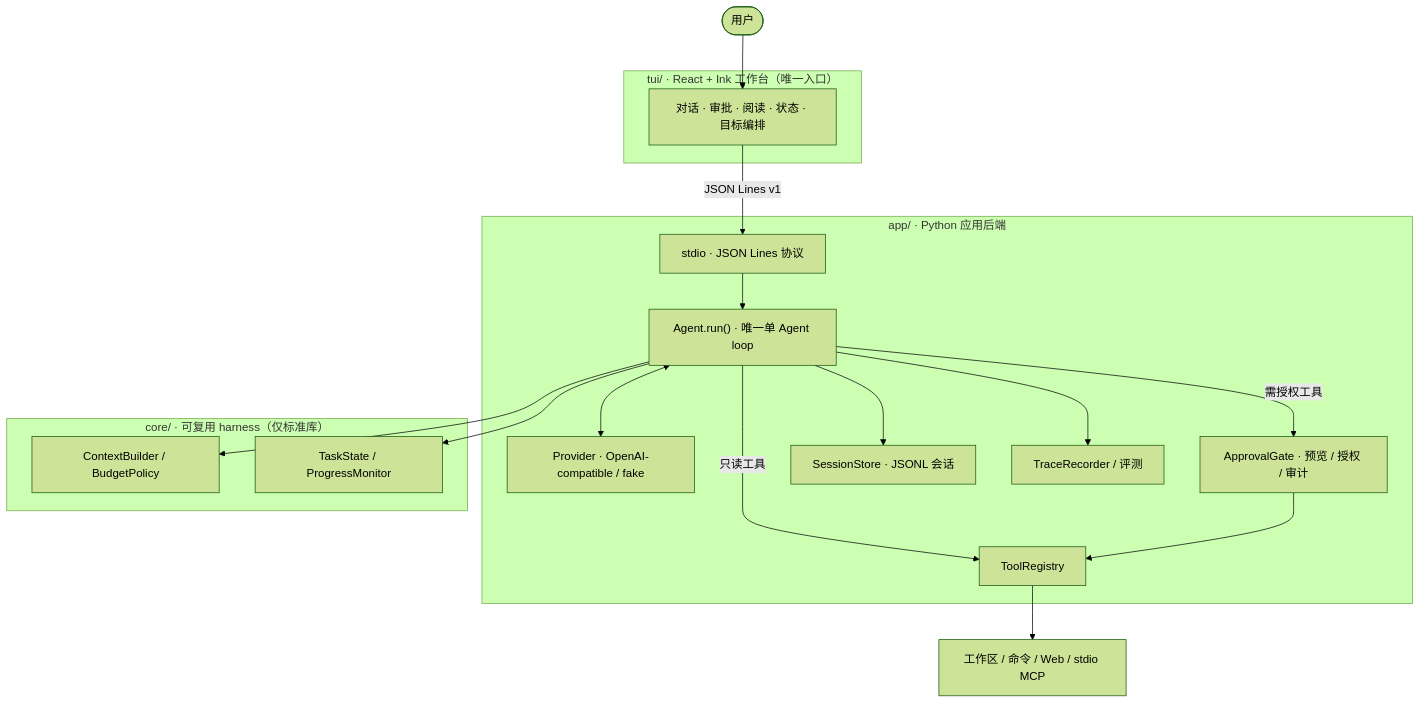
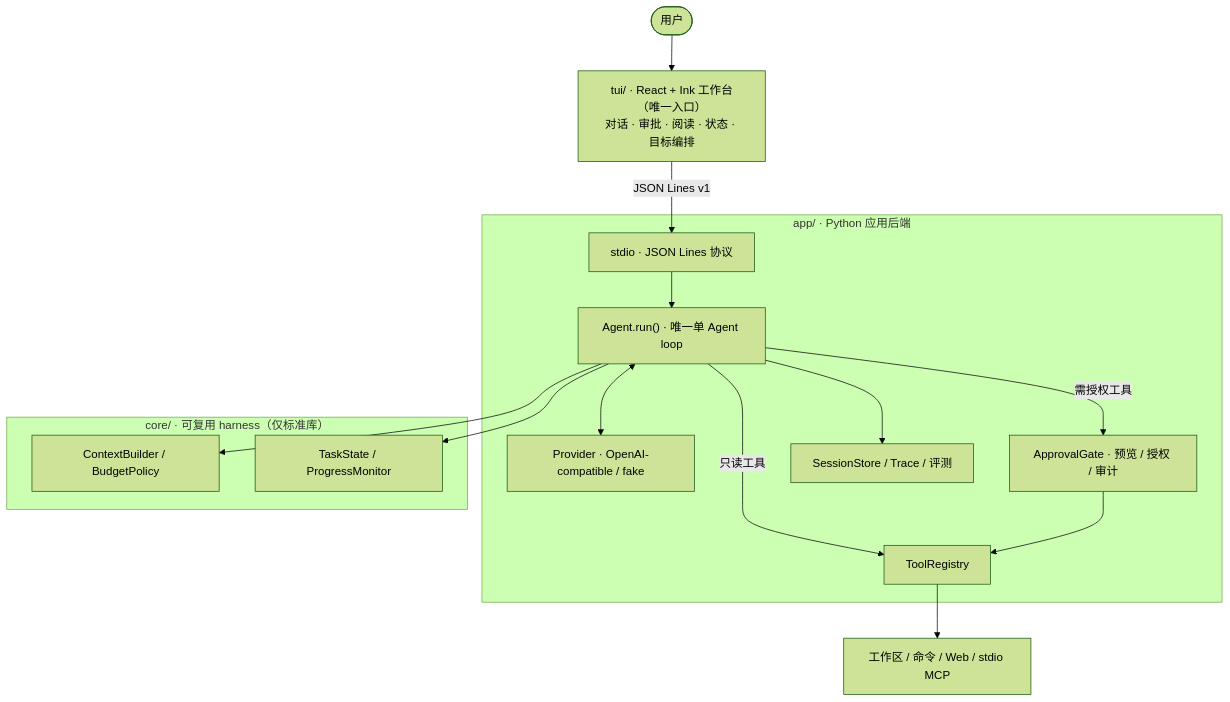
One commit to wj-spec/mini-harness changed the diagram in README.md. Above: the diagram before and after it, drawn with Mermaid (forest theme). The commit also changed other lines of this file and 3 other files, not shown here.

````diff
--- a/README.md
+++ b/README.md
@@ -44,35 +45,29 @@
 ```mermaid
 flowchart TD
-    user([用户]) --> tui
+    user([用户]) --> tui["tui/ · React + Ink 工作台（唯一入口）<br/>对话 · 审批 · 阅读 · 状态 · 目标编排"]
 
-    subgraph UI["tui/ · React + Ink 工作台（唯一入口）"]
-        tui["对话 · 审批 · 阅读 · 状态 · 目标编排"]
-    end
-
-    subgraph APP["app/ · Python 应用后端"]
+    subgraph APP ["app/ · Python 应用后端"]
         stdio["stdio · JSON Lines 协议"]
         agent["Agent.run() · 唯一单 Agent loop"]
         provider["Provider · OpenAI-compatible / fake"]
         gate["ApprovalGate · 预览 / 授权 / 审计"]
         tools["ToolRegistry"]
-        session["SessionStore · JSONL 会话"]
-        trace["TraceRecorder / 评测"]
+        evidence["SessionStore / Trace / 评测"]
     end
 
-    subgraph CORE["core/ · 可复用 harness（仅标准库）"]
+    subgraph CORE ["core/ · 可复用 harness（仅标准库）"]
         context["ContextBuilder / BudgetPolicy"]
         state["TaskState / ProgressMonitor"]
     end
 
     tui -- "JSON Lines v1" --> stdio
     stdio --> agent
     agent <--> provider
     agent -- 只读工具 --> tools
     agent -- 需授权工具 --> gate
     gate --> tools
     agent --> context
     agent --> state
-    agent --> session
-    agent --> trace
+    agent --> evidence
     tools --> world["工作区 / 命令 / Web / stdio MCP"]
 ```
````
